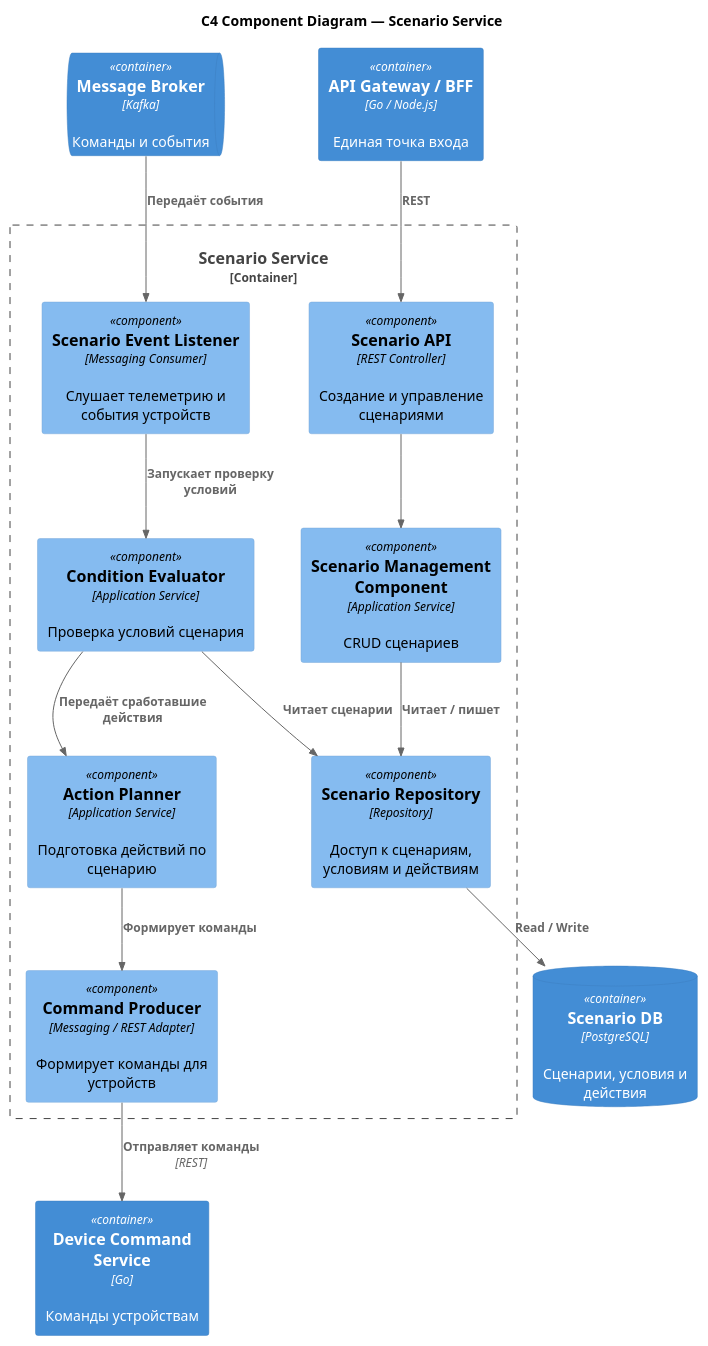
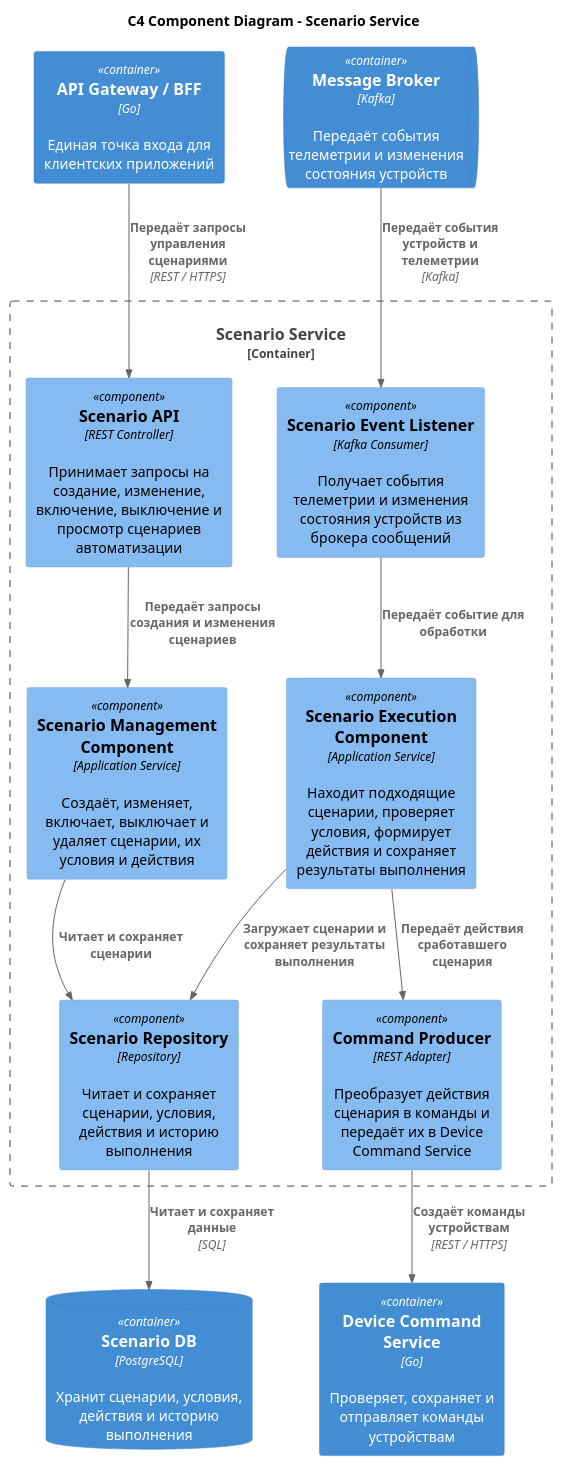
The diagram in diagrams/07-component-scenario-service.puml (KristinaKurian/architecture-warmhouse), drawn with PlantUML before and after one commit. The commit also changed 12 other files, not shown here.

```diff
--- a/diagrams/07-component-scenario-service.puml
+++ b/diagrams/07-component-scenario-service.puml
@@ -1,34 +1,46 @@
 @startuml
 !include <C4/C4_Component>
 
-title C4 Component Diagram — Scenario Service
+title C4 Component Diagram - Scenario Service
 
 Container_Boundary(scenarioService, "Scenario Service") {
-    Component(scenarioApi, "Scenario API", "REST Controller", "Создание и управление сценариями")
-    Component(scenarioManagement, "Scenario Management Component", "Application Service", "CRUD сценариев")
-    Component(conditionEvaluator, "Condition Evaluator", "Application Service", "Проверка условий сценария")
-    Component(actionPlanner, "Action Planner", "Application Service", "Подготовка действий по сценарию")
-    Component(eventListener, "Scenario Event Listener", "Messaging Consumer", "Слушает телеметрию и события устройств")
-    Component(commandProducer, "Command Producer", "Messaging / REST Adapter", "Формирует команды для устройств")
-    Component(scenarioRepository, "Scenario Repository", "Repository", "Доступ к сценариям, условиям и действиям")
+    Component(scenarioApi, "Scenario API", "REST Controller", "Принимает запросы на создание, изменение, включение, выключение и просмотр сценариев автоматизации")
+
+    Component(scenarioManagement, "Scenario Management Component", "Application Service", "Создаёт, изменяет, включает, выключает и удаляет сценарии, их условия и действия")
+
+    Component(eventListener, "Scenario Event Listener", "Kafka Consumer", "Получает события телеметрии и изменения состояния устройств из брокера сообщений")
+
+    Component(scenarioExecution, "Scenario Execution Component", "Application Service", "Находит подходящие сценарии, проверяет условия, формирует действия и сохраняет результаты выполнения")
+
+    Component(commandProducer, "Command Producer", "REST Adapter", "Преобразует действия сценария в команды и передаёт их в Device Command Service")
+
+    Component(scenarioRepository, "Scenario Repository", "Repository", "Читает и сохраняет сценарии, условия, действия и историю выполнения")
 }
 
-Container(apiGateway, "API Gateway / BFF", "Go / Node.js", "Единая точка входа")
-ContainerQueue(messageBroker, "Message Broker", "Kafka", "Команды и события")
-Container(commandService, "Device Command Service", "Go", "Команды устройствам")
-ContainerDb(scenarioDb, "Scenario DB", "PostgreSQL", "Сценарии, условия и действия")
+Container(apiGateway, "API Gateway / BFF", "Go", "Единая точка входа для клиентских приложений")
 
-Rel(apiGateway, scenarioApi, "REST")
-Rel(scenarioApi, scenarioManagement, "")
-Rel(scenarioManagement, scenarioRepository, "Читает / пишет")
+ContainerQueue(messageBroker, "Message Broker", "Kafka", "Передаёт события телеметрии и изменения состояния устройств")
 
-Rel(messageBroker, eventListener, "Передаёт события")
-Rel(eventListener, conditionEvaluator, "Запускает проверку условий")
-Rel(conditionEvaluator, scenarioRepository, "Читает сценарии")
-Rel(conditionEvaluator, actionPlanner, "Передаёт сработавшие действия")
-Rel(actionPlanner, commandProducer, "Формирует команды")
+Container(commandService, "Device Command Service", "Go", "Проверяет, сохраняет и отправляет команды устройствам")
 
-Rel(commandProducer, commandService, "Отправляет команды", "REST")
-Rel(scenarioRepository, scenarioDb, "Read / Write")
+ContainerDb(scenarioDb, "Scenario DB", "PostgreSQL", "Хранит сценарии, условия, действия и историю выполнения")
+
+Rel(apiGateway, scenarioApi, "Передаёт запросы управления сценариями", "REST / HTTPS")
+
+Rel(scenarioApi, scenarioManagement, "Передаёт запросы создания и изменения сценариев")
+
+Rel(scenarioManagement, scenarioRepository, "Читает и сохраняет сценарии")
+
+Rel(messageBroker, eventListener, "Передаёт события устройств и телеметрии", "Kafka")
+
+Rel(eventListener, scenarioExecution, "Передаёт событие для обработки")
+
+Rel(scenarioExecution, scenarioRepository, "Загружает сценарии и сохраняет результаты выполнения")
+
+Rel(scenarioExecution, commandProducer, "Передаёт действия сработавшего сценария")
+
+Rel(commandProducer, commandService, "Создаёт команды устройствам", "REST / HTTPS")
+
+Rel(scenarioRepository, scenarioDb, "Читает и сохраняет данные", "SQL")
 
 @enduml
```
